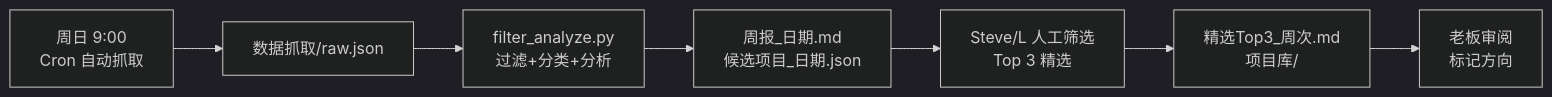
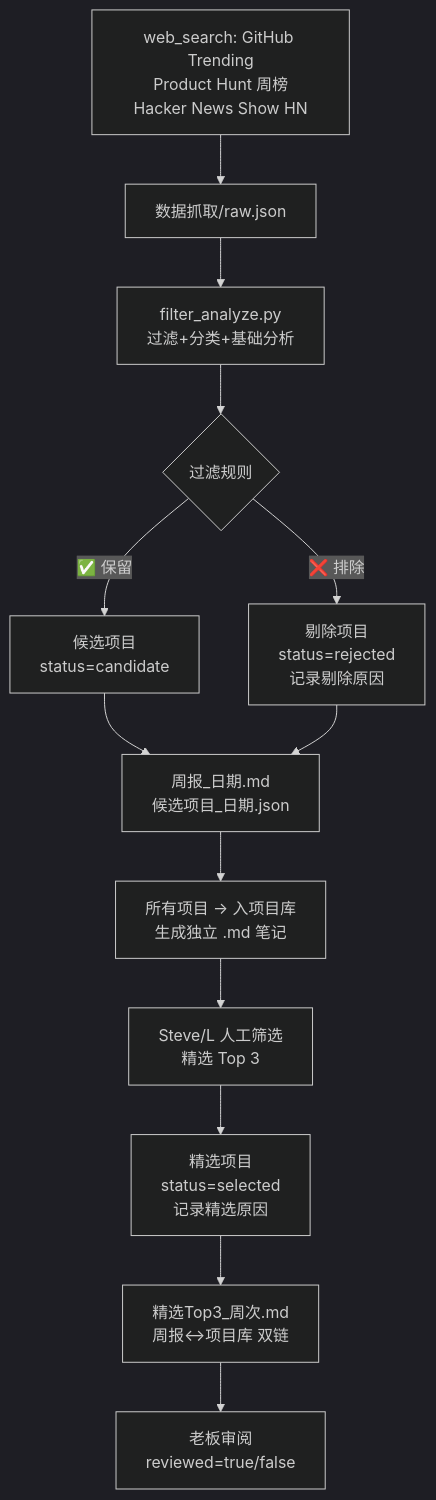
The diagram in 09_开源商机/README.md (0xzaynAI/AI-Comp), drawn with Mermaid (dark theme) before and after one commit. The commit also changed other lines of this file and 36 other files, not shown here.

````diff
--- a/09_开源商机/README.md
+++ b/09_开源商机/README.md
@@ -28,9 +12,15 @@
 ```mermaid
-graph LR
-    A[周日 9:00<br>Cron 自动抓取] --> B[数据抓取/raw.json]
-    B --> C[filter_analyze.py<br>过滤+分类+分析]
-    C --> D[周报_日期.md<br>候选项目_日期.json]
-    D --> E[Steve/L 人工筛选<br>Top 3 精选]
-    E --> F[精选Top3_周次.md<br>项目库/]
-    F --> G[老板审阅<br>标记方向]
+graph TD
+    A[web_search: GitHub Trending<br>Product Hunt 周榜<br>Hacker News Show HN] --> B[数据抓取/raw.json]
+    B --> C[filter_analyze.py<br>过滤+分类+基础分析]
+    C --> D{过滤规则}
+    D -->|✅ 保留| E[候选项目<br>status=candidate]
+    D -->|❌ 排除| F[剔除项目<br>status=rejected<br>记录剔除原因]
+    E --> G[周报_日期.md<br>候选项目_日期.json]
+    F --> G
+    G --> H[所有项目 → 入项目库<br>生成独立 .md 笔记]
+    H --> I[Steve/L 人工筛选<br>精选 Top 3]
+    I --> J[精选项目<br>status=selected<br>记录精选原因]
+    J --> K[精选Top3_周次.md<br>周报↔项目库 双链]
+    K --> L[老板审阅<br>reviewed=true/false]
 ```
````
